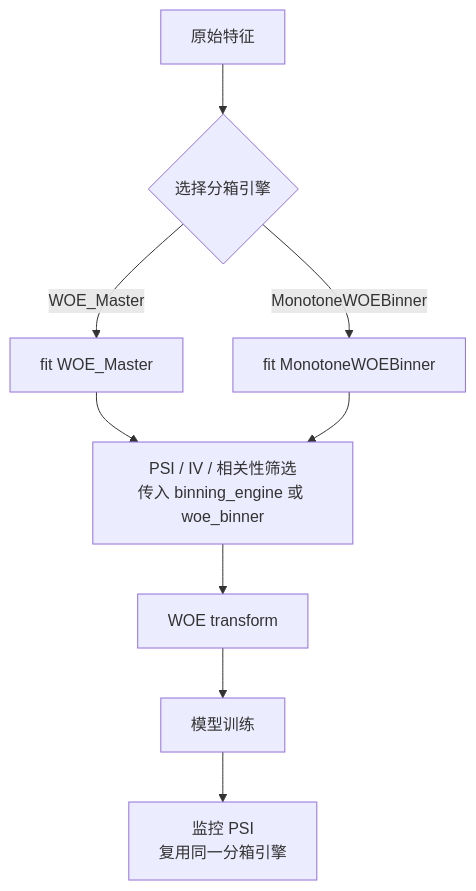
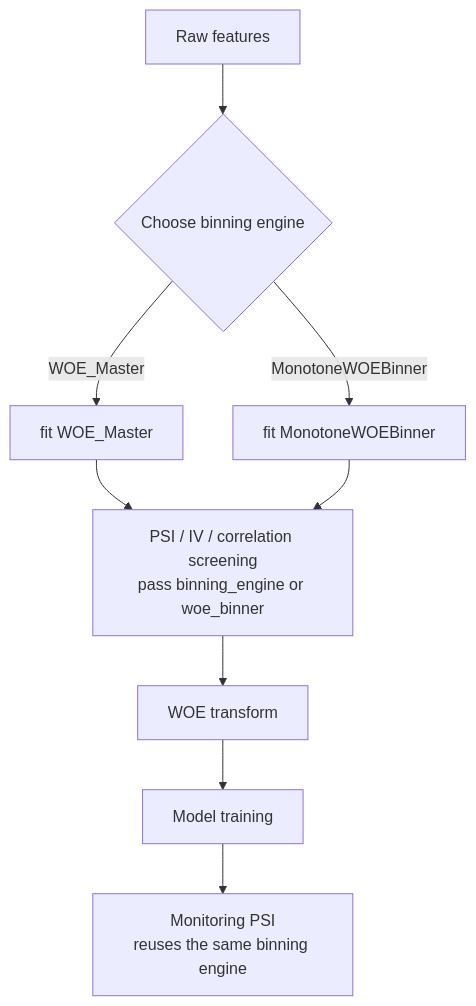
The diagram in docs/guides/woe_binning_engine.md (Kyle-J-Sun/SuperModelingFactory_doc), drawn with Mermaid before and after one commit. The commit also changed other lines of this file and 52 other files, not shown here.

````diff
--- a/docs/guides/woe_binning_engine.md
+++ b/docs/guides/woe_binning_engine.md
@@ -5,11 +5,11 @@
 ```mermaid
 flowchart TD
-    A[原始特征] --> B{选择分箱引擎}
+    A[Raw features] --> B{Choose binning engine}
     B -->|WOE_Master| C1[fit WOE_Master]
     B -->|MonotoneWOEBinner| C2[fit MonotoneWOEBinner]
-    C1 --> D[PSI / IV / 相关性筛选\n传入 binning_engine 或 woe_binner]
+    C1 --> D[PSI / IV / correlation screening\npass binning_engine or woe_binner]
     C2 --> D
     D --> E[WOE transform]
-    E --> F[模型训练]
-    F --> G[监控 PSI\n复用同一分箱引擎]
+    E --> F[Model training]
+    F --> G[Monitoring PSI\nreuses the same binning engine]
 ```
````
